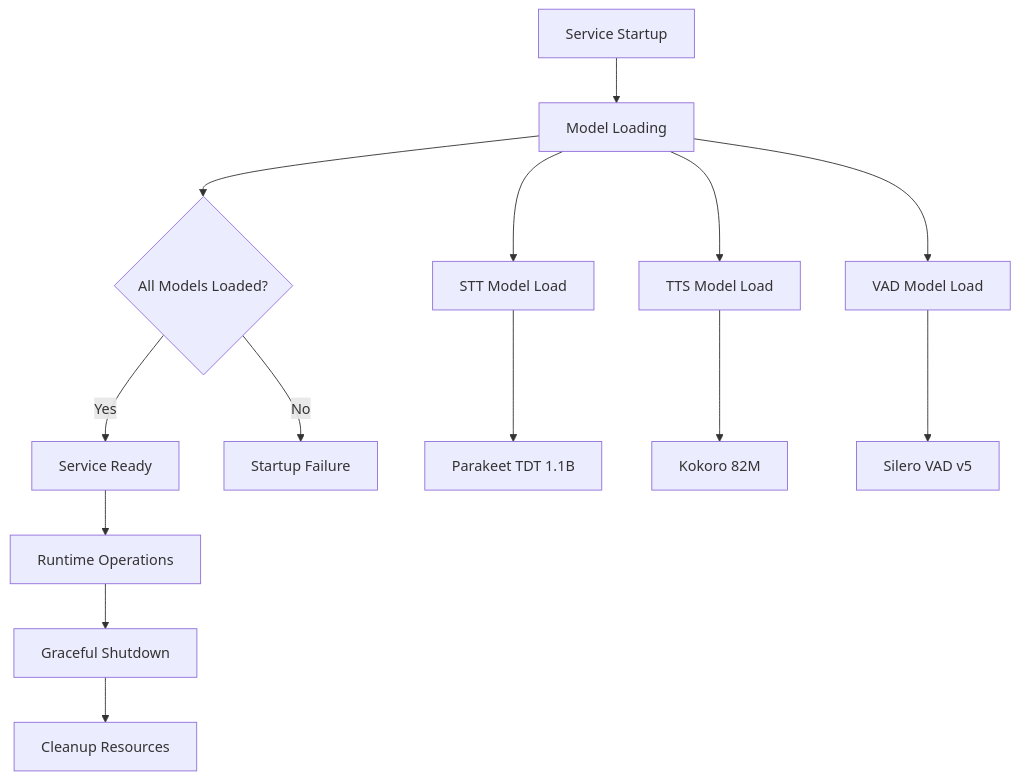
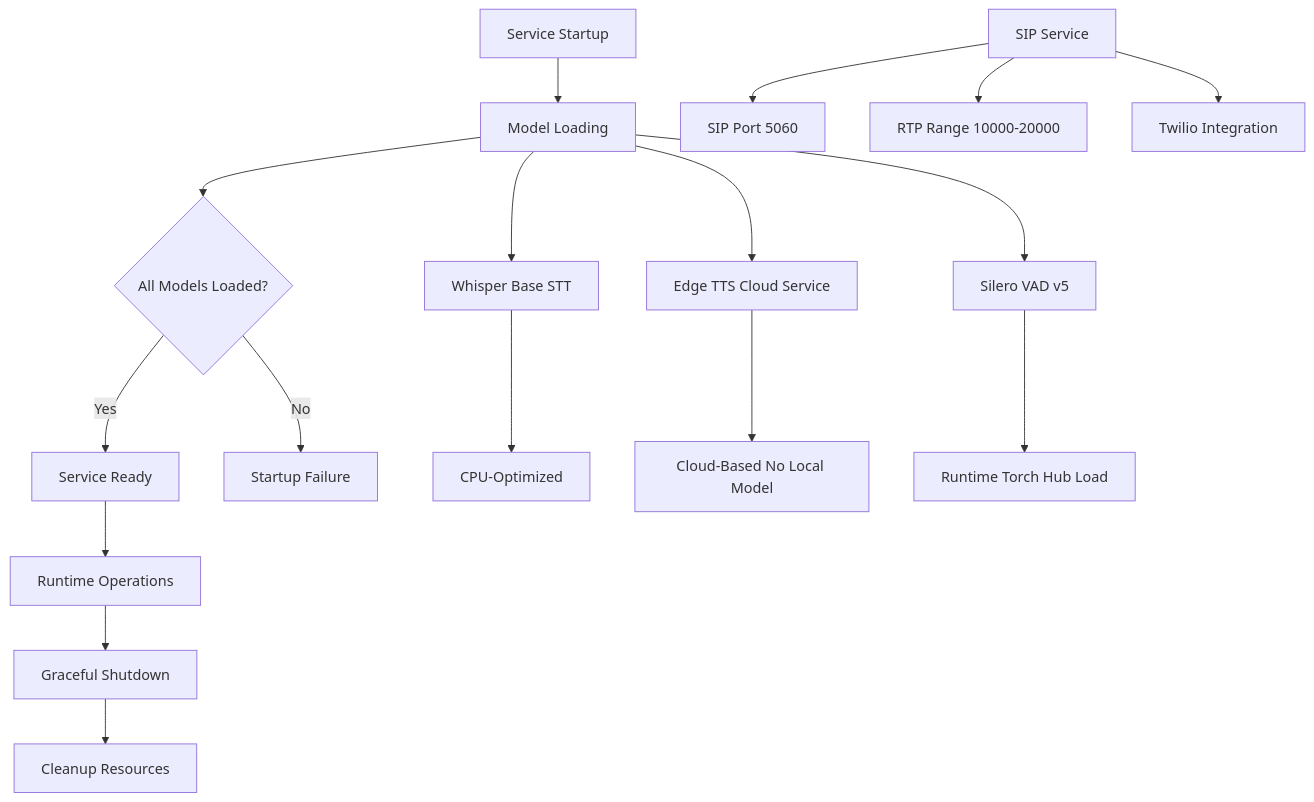
The second of 12 diagrams in .qoder/repowiki/en/content/Deployment & DevOps/Speech Service Microservice.md (Revanththetalogics/aireume), drawn with Mermaid before and after one commit. The commit also changed other lines of this file and 118 other files, not shown here.

````diff
--- a/.qoder/repowiki/en/content/Deployment & DevOps/Speech Service Microservice.md
+++ b/.qoder/repowiki/en/content/Deployment & DevOps/Speech Service Microservice.md
@@ -136,16 +166,19 @@
 ```mermaid
 flowchart TD
 A[Service Startup] --> B[Model Loading]
 B --> C{All Models Loaded?}
 C --> |Yes| D[Service Ready]
 C --> |No| E[Startup Failure]
 D --> F[Runtime Operations]
 F --> G[Graceful Shutdown]
 G --> H[Cleanup Resources]
-B --> I[STT Model Load]
-B --> J[TTS Model Load]
-B --> K[VAD Model Load]
-I --> L[Parakeet TDT 1.1B]
-J --> M[Kokoro 82M]
-K --> N[Silero VAD v5]
+B --> I[Whisper Base STT]
+B --> J[Edge TTS Cloud Service]
+B --> K[Silero VAD v5]
+I --> L[CPU-Optimized]
+J --> M[Cloud-Based No Local Model]
+K --> N[Runtime Torch Hub Load]
+O[SIP Service] --> P[SIP Port 5060]
+O --> Q[RTP Range 10000-20000]
+O --> R[Twilio Integration]
 ```
````
